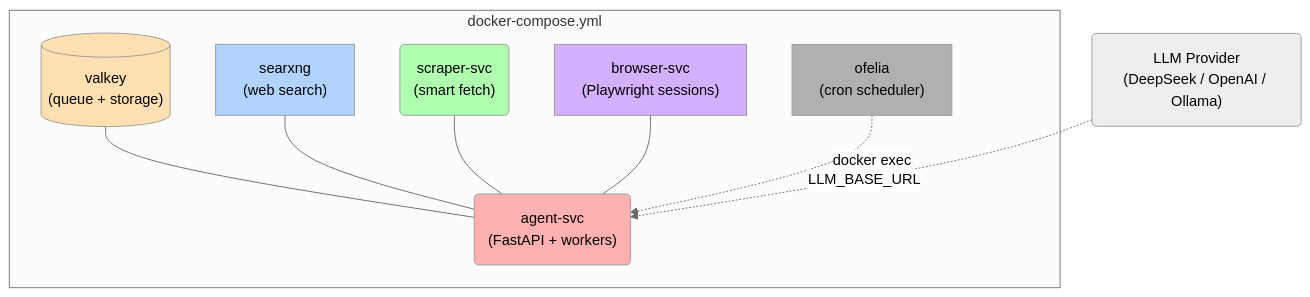
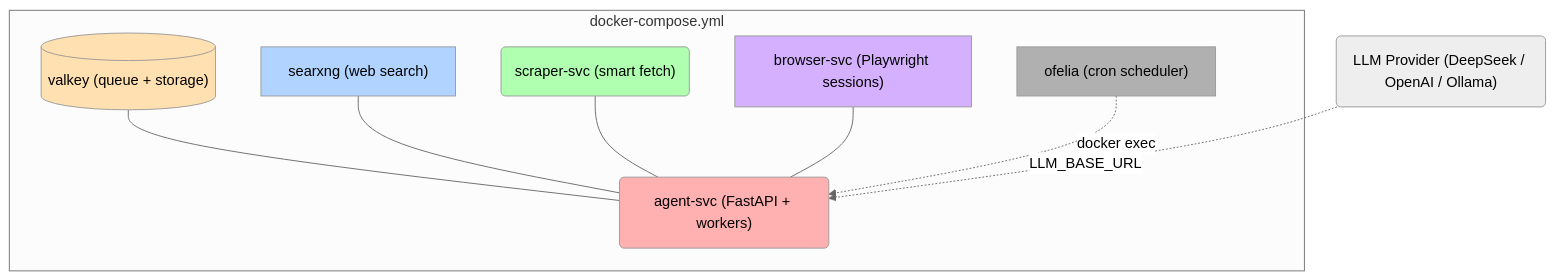
The diagram in README.md (Gerkinfeltser/groktocrawl), drawn with Mermaid (neutral theme) before and after one commit.

Commit message:
fix: remove <br/> tags from mermaid diagram to fix GitHub rendering
The mermaid architecture diagram was stuck in a pending enrichment
state on GitHub. The <br/> tags inside node labels caused the
rendering service to hang. Replaced with parenthetical single-line
labels.

````diff
--- a/README.md
+++ b/README.md
@@ -50,26 +50,26 @@
 ```mermaid
 flowchart TD
     subgraph compose["docker-compose.yml"]
-        valkey[("valkey<br/>(queue + storage)")]
-        searxng["searxng<br/>(web search)"]
-        scraper("scraper-svc<br/>(smart fetch)")
-        browser["browser-svc<br/>(Playwright sessions)"]
-        agent("agent-svc<br/>(FastAPI + workers)")
-        ofelia["ofelia<br/>(cron scheduler)"]
+        valkey[("valkey (queue + storage)")]
+        searxng["searxng (web search)"]
+        scraper("scraper-svc (smart fetch)")
+        browser["browser-svc (Playwright sessions)"]
+        agent("agent-svc (FastAPI + workers)")
+        ofelia["ofelia (cron scheduler)"]
 
         valkey --- agent
         searxng --- agent
         scraper --- agent
         browser --- agent
         ofelia -.->|docker exec| agent
     end
-    llm_provider("LLM Provider<br/>(DeepSeek / OpenAI / Ollama)")
+    llm_provider("LLM Provider (DeepSeek / OpenAI / Ollama)")
     llm_provider -.->|LLM_BASE_URL| agent
 
     style valkey fill:#ffe0b0
     style searxng fill:#b0d4ff
     style scraper fill:#b0ffb0
     style browser fill:#d4b0ff
     style agent fill:#ffb0b0
     style ofelia fill:#b0b0b0
 ```
````
